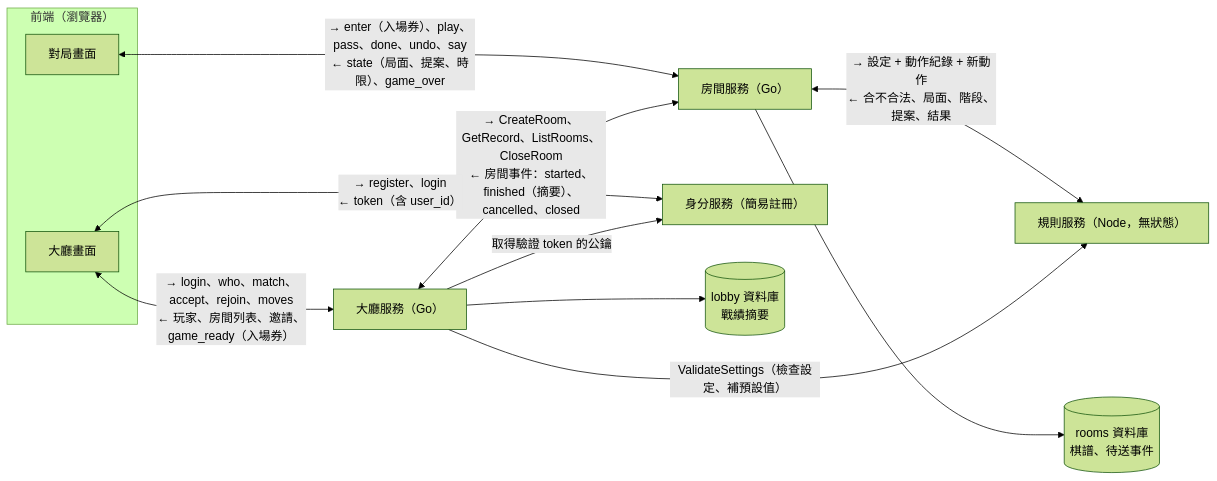
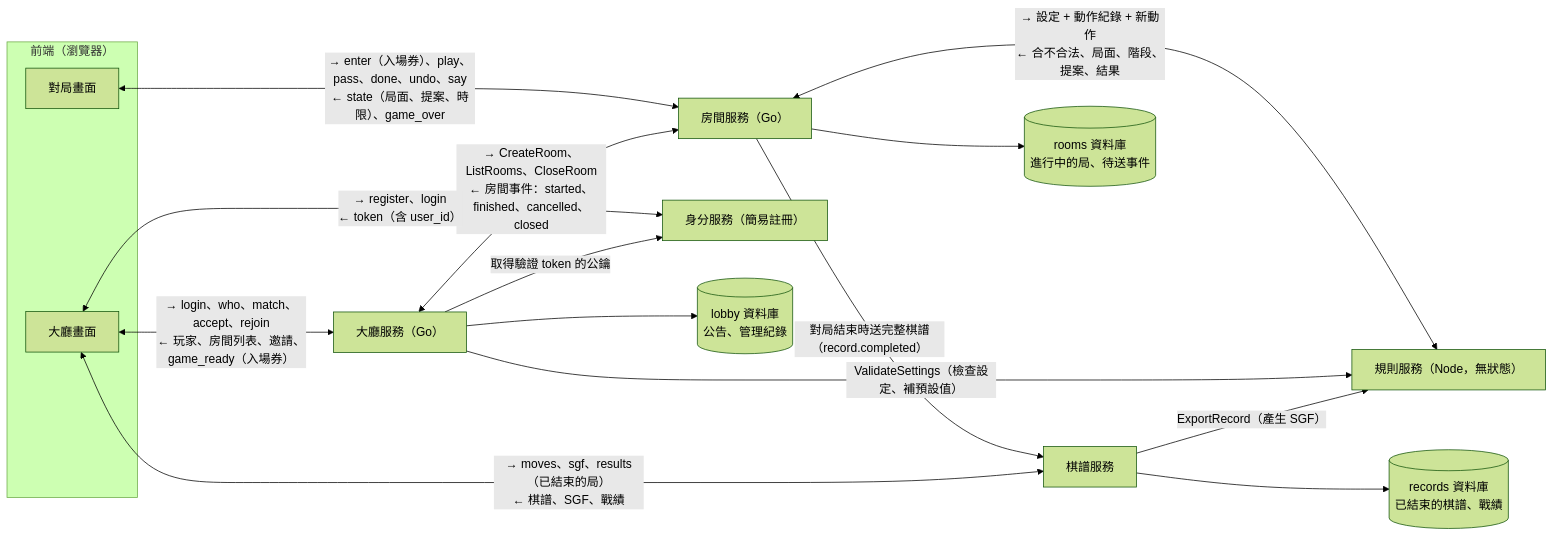
The first of 10 diagrams in docs/spec_v2.md (yshsu0918/yi-arena), drawn with Mermaid (forest theme) before and after one commit. The commit also changed other lines of this file and 5 other files, not shown here.

First line of the commit message:
Record service, review game type, clock in M1 core, load test plan

````diff
--- a/docs/spec_v2.md
+++ b/docs/spec_v2.md
@@ -46,23 +48,29 @@
 ```mermaid
 flowchart LR
   subgraph FE["前端（瀏覽器）"]
     FL["大廳畫面"]
     FR["對局畫面"]
   end
   L["大廳服務（Go）"]
   R["房間服務（Go）"]
   S["規則服務（Node，無狀態）"]
   A["身分服務（簡易註冊）"]
-  LDB[("lobby 資料庫<br/>戰績摘要")]
-  RDB[("rooms 資料庫<br/>棋譜、待送事件")]
+  K["棋譜服務"]
+  LDB[("lobby 資料庫<br/>公告、管理紀錄")]
+  RDB[("rooms 資料庫<br/>進行中的局、待送事件")]
+  KDB[("records 資料庫<br/>已結束的棋譜、戰績")]
 
-  FL <-- "→ login、who、match、accept、rejoin、moves<br/>← 玩家、房間列表、邀請、game_ready（入場券）" --> L
+  FL <-- "→ login、who、match、accept、rejoin<br/>← 玩家、房間列表、邀請、game_ready（入場券）" --> L
   FR <-- "→ enter（入場券）、play、pass、done、undo、say<br/>← state（局面、提案、時限）、game_over" --> R
-  L <-- "→ CreateRoom、GetRecord、ListRooms、CloseRoom<br/>← 房間事件：started、finished（摘要）、cancelled、closed" --> R
+  L <-- "→ CreateRoom、ListRooms、CloseRoom<br/>← 房間事件：started、finished、cancelled、closed" --> R
   R <-- "→ 設定 + 動作紀錄 + 新動作<br/>← 合不合法、局面、階段、提案、結果" --> S
   L -- "ValidateSettings（檢查設定、補預設值）" --> S
   FL <-- "→ register、login<br/>← token（含 user_id）" --> A
   L -- "取得驗證 token 的公鑰" --> A
+  R -- "對局結束時送完整棋譜（record.completed）" --> K
+  FL <-- "→ moves、sgf、results（已結束的局）<br/>← 棋譜、SGF、戰績" --> K
+  K -- "ExportRecord（產生 SGF）" --> S
   L --> LDB
   R --> RDB
+  K --> KDB
 ```
````
